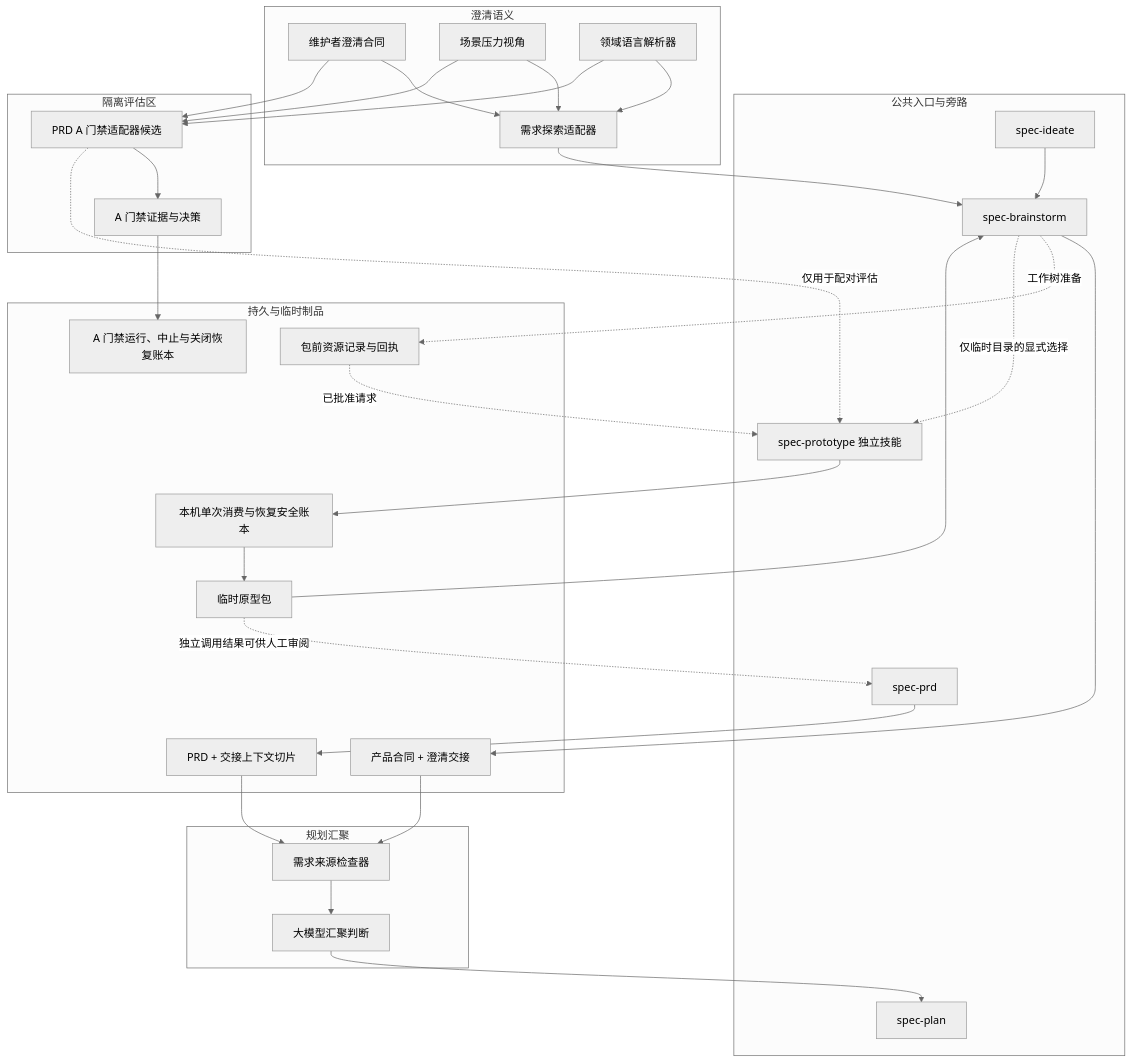
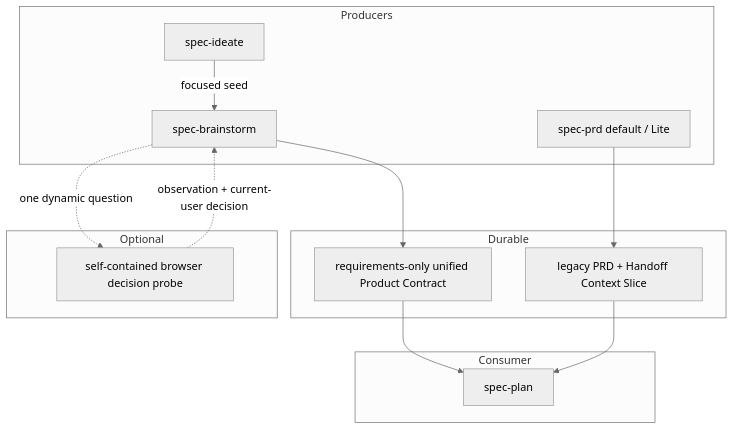
One commit to leo-kuang-ai/spec-first changed the second of 3 diagrams in docs/plans/2026-07-11-003-refactor-requirements-clarification-skills-integration-plan.md. Above: the diagram before and after it, drawn with Mermaid (neutral theme). The commit also changed other lines of this file and 11 other files, not shown here.

````diff
--- a/docs/plans/2026-07-11-003-refactor-requirements-clarification-skills-integration-plan.md
+++ b/docs/plans/2026-07-11-003-refactor-requirements-clarification-skills-integration-plan.md
@@ -282,61 +274,29 @@
 ```mermaid
 flowchart TB
-  subgraph Entry[公共入口与旁路]
+  subgraph Producers
     I[spec-ideate]
     B[spec-brainstorm]
-    R[spec-prd]
-    P[spec-plan]
-    X[spec-prototype 独立技能]
+    R[spec-prd default / Lite]
   end
 
-  subgraph Semantics[澄清语义]
-    C[维护者澄清合同]
-    BA[需求探索适配器]
-    SA[场景压力视角]
-    DA[领域语言解析器]
+  subgraph Durable
+    U[requirements-only unified Product Contract]
+    L[legacy PRD + Handoff Context Slice]
   end
 
-  subgraph Evaluation[隔离评估区]
-    RAC[PRD A 门禁适配器候选]
-    GA[A 门禁证据与决策]
+  subgraph Optional
+    V[self-contained browser decision probe]
   end
 
-  subgraph Artifacts[持久与临时制品]
-    PC[产品合同 + 澄清交接]
-    PRD[PRD + 交接上下文切片]
-    WR[包前资源记录与回执]
-    SL[本机单次消费与恢复安全账本]
-    GR[A 门禁运行、中止与关闭恢复账本]
-    TP[临时原型包]
+  subgraph Consumer
+    P[spec-plan]
   end
 
-  subgraph Consumer[规划汇聚]
-    OI[需求来源检查器]
-    CG[大模型汇聚判断]
-  end
-
-  C --> BA
-  DA --> BA
-  SA --> BA
-  C --> RAC
-  DA --> RAC
-  SA --> RAC
-  RAC --> GA
-  GA --> GR
-  I --> B
-  BA --> B
-  B --> PC
-  R --> PRD
-  B -. 工作树准备 .-> WR
-  WR -. 已批准请求 .-> X
-  B -. 仅临时目录的显式选择 .-> X
-  RAC -. 仅用于配对评估 .-> X
-  X --> SL
-  SL --> TP
-  TP --> B
-  TP -. 独立调用结果可供人工审阅 .-> R
-  PC --> OI
-  PRD --> OI
-  OI --> CG
-  CG --> P
+  I -->|focused seed| B
+  B --> U
+  B -. one dynamic question .-> V
+  V -. observation + current-user decision .-> B
+  R --> L
+  U --> P
+  L --> P
 ```
````
